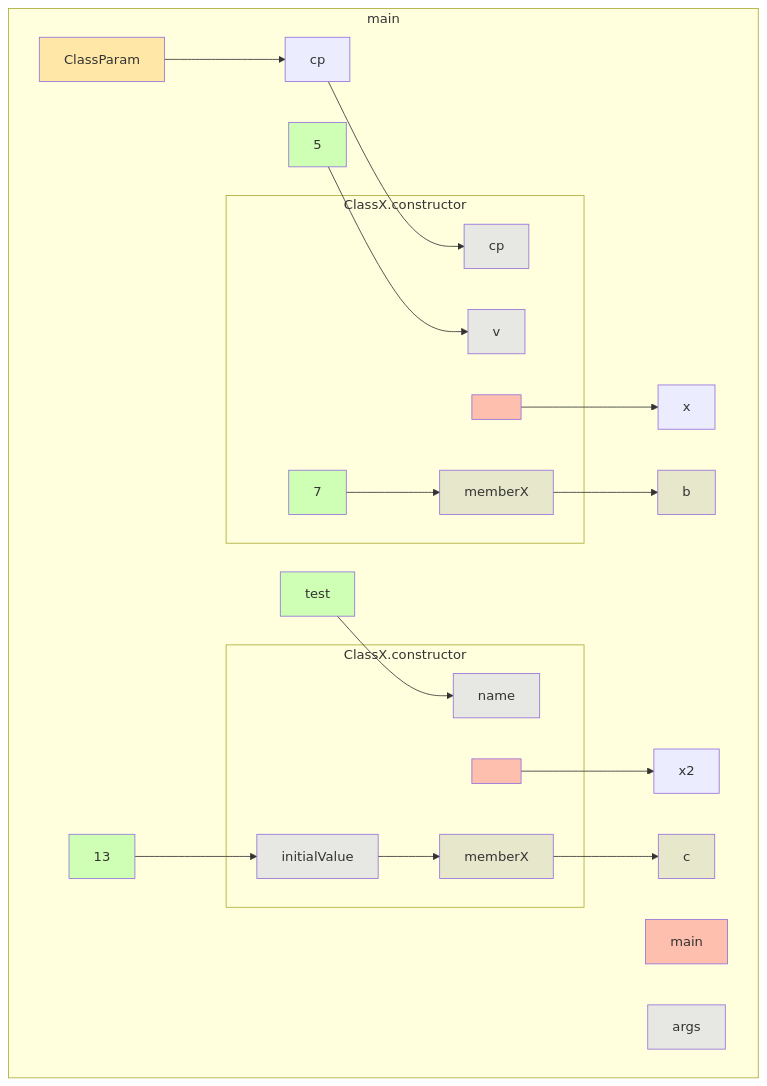
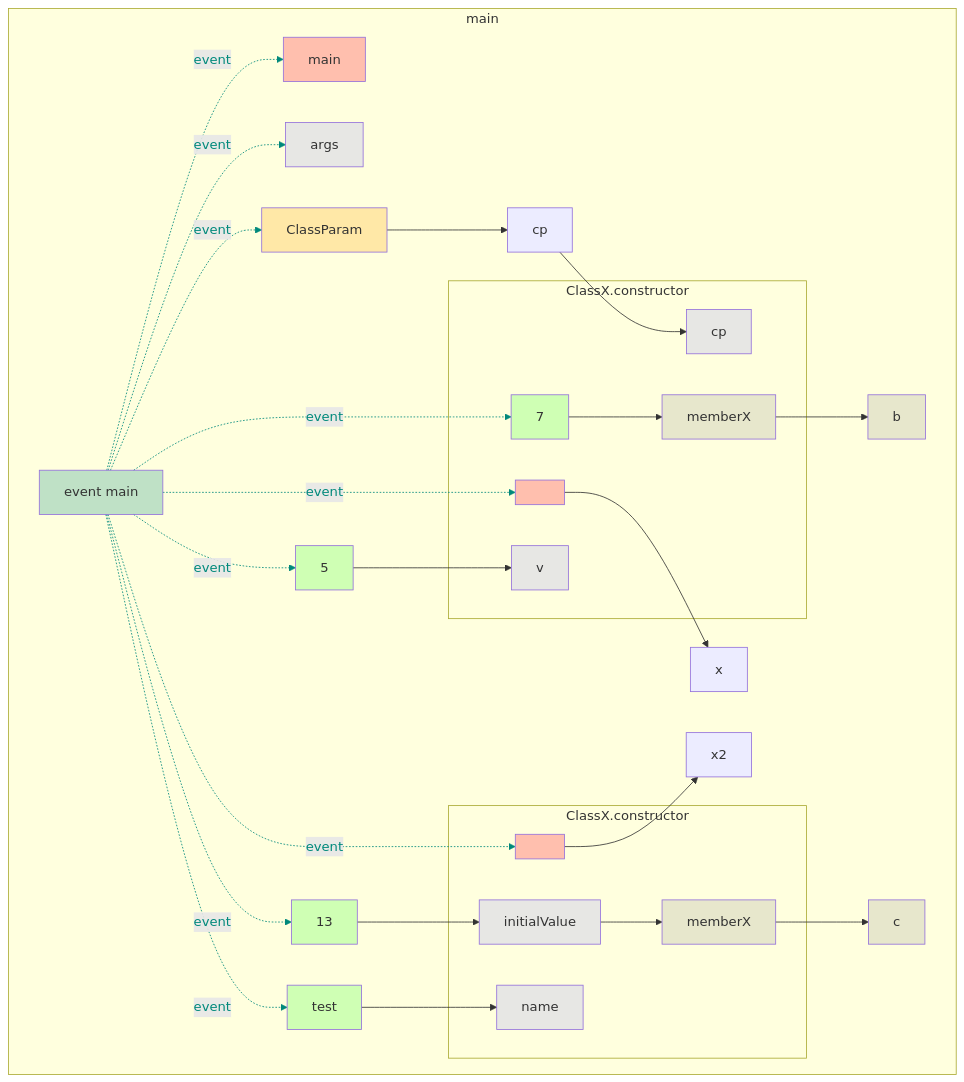
One commit to gstiebler/codeflow changed the diagram in app/src/test/resources/constructor/snapshot.md. Above: the diagram before and after it, drawn with Mermaid. The commit also changed 77 other files, not shown here.

````diff
--- a/app/src/test/resources/constructor/snapshot.md
+++ b/app/src/test/resources/constructor/snapshot.md
@@ -1,47 +1,67 @@
 ```mermaid
 flowchart TD
   subgraph b0["main"]
-    n1[main]:::RETURN
-    n2[args]:::FUNC_PARAM
-    n3[ClassParam]:::EXTERNAL
-    n4[cp]:::OBJ_VARIABLE
-    n5[5]:::LITERAL
-    n12[x]:::OBJ_VARIABLE
-    n13[b]:::VARIABLE
-    n14[13]:::LITERAL
-    n15["test"]:::LITERAL
-    n21[x2]:::OBJ_VARIABLE
-    n22[c]:::VARIABLE
-    n3[ClassParam]:::EXTERNAL --> n4[cp]:::OBJ_VARIABLE
-    n4[cp]:::OBJ_VARIABLE --> n9[cp]:::FUNC_PARAM
-    n5[5]:::LITERAL --> n8[v]:::FUNC_PARAM
-    n14[13]:::LITERAL --> n18[initialValue]:::FUNC_PARAM
-    n15["test"]:::LITERAL --> n19[name]:::FUNC_PARAM
-    n7[<init>]:::RETURN --> n12[x]:::OBJ_VARIABLE
-    n11[memberX]:::VARIABLE --> n13[b]:::VARIABLE
-    n17[<init>]:::RETURN --> n21[x2]:::OBJ_VARIABLE
-    n20[memberX]:::VARIABLE --> n22[c]:::VARIABLE
-    subgraph b6["ClassX.constructor"]
-      n7[<init>]:::RETURN
-      n8[v]:::FUNC_PARAM
-      n9[cp]:::FUNC_PARAM
-      n10[7]:::LITERAL
-      n11[memberX]:::VARIABLE
-      n10[7]:::LITERAL --> n11[memberX]:::VARIABLE
+    n1[event main]:::EVENT
+    n2[main]:::RETURN
+    n3[args]:::FUNC_PARAM
+    n4[ClassParam]:::EXTERNAL
+    n5[cp]:::OBJ_VARIABLE
+    n6[5]:::LITERAL
+    n13[x]:::OBJ_VARIABLE
+    n14[b]:::VARIABLE
+    n15[13]:::LITERAL
+    n16["test"]:::LITERAL
+    n22[x2]:::OBJ_VARIABLE
+    n23[c]:::VARIABLE
+    n1[event main]:::EVENT -. event .-> n2[main]:::RETURN
+    n1[event main]:::EVENT -. event .-> n3[args]:::FUNC_PARAM
+    n1[event main]:::EVENT -. event .-> n4[ClassParam]:::EXTERNAL
+    n1[event main]:::EVENT -. event .-> n6[5]:::LITERAL
+    n1[event main]:::EVENT -. event .-> n15[13]:::LITERAL
+    n1[event main]:::EVENT -. event .-> n16["test"]:::LITERAL
+    n1[event main]:::EVENT -. event .-> n8[<init>]:::RETURN
+    n1[event main]:::EVENT -. event .-> n11[7]:::LITERAL
+    n1[event main]:::EVENT -. event .-> n18[<init>]:::RETURN
+    n4[ClassParam]:::EXTERNAL --> n5[cp]:::OBJ_VARIABLE
+    n5[cp]:::OBJ_VARIABLE --> n10[cp]:::FUNC_PARAM
+    n6[5]:::LITERAL --> n9[v]:::FUNC_PARAM
+    n15[13]:::LITERAL --> n19[initialValue]:::FUNC_PARAM
+    n16["test"]:::LITERAL --> n20[name]:::FUNC_PARAM
+    n8[<init>]:::RETURN --> n13[x]:::OBJ_VARIABLE
+    n12[memberX]:::VARIABLE --> n14[b]:::VARIABLE
+    n18[<init>]:::RETURN --> n22[x2]:::OBJ_VARIABLE
+    n21[memberX]:::VARIABLE --> n23[c]:::VARIABLE
+    subgraph b7["ClassX.constructor"]
+      n8[<init>]:::RETURN
+      n9[v]:::FUNC_PARAM
+      n10[cp]:::FUNC_PARAM
+      n11[7]:::LITERAL
+      n12[memberX]:::VARIABLE
+      n11[7]:::LITERAL --> n12[memberX]:::VARIABLE
     end
-    subgraph b16["ClassX.constructor"]
-      n17[<init>]:::RETURN
-      n18[initialValue]:::FUNC_PARAM
-      n19[name]:::FUNC_PARAM
-      n20[memberX]:::VARIABLE
-      n18[initialValue]:::FUNC_PARAM --> n20[memberX]:::VARIABLE
+    subgraph b17["ClassX.constructor"]
+      n18[<init>]:::RETURN
+      n19[initialValue]:::FUNC_PARAM
+      n20[name]:::FUNC_PARAM
+      n21[memberX]:::VARIABLE
+      n19[initialValue]:::FUNC_PARAM --> n21[memberX]:::VARIABLE
     end
   end
+  linkStyle 0 stroke:#00897b,color:#00897b
+  linkStyle 1 stroke:#00897b,color:#00897b
+  linkStyle 2 stroke:#00897b,color:#00897b
+  linkStyle 3 stroke:#00897b,color:#00897b
+  linkStyle 4 stroke:#00897b,color:#00897b
+  linkStyle 5 stroke:#00897b,color:#00897b
+  linkStyle 6 stroke:#00897b,color:#00897b
+  linkStyle 7 stroke:#00897b,color:#00897b
+  linkStyle 8 stroke:#00897b,color:#00897b
   classDef LITERAL fill:#00FF0030
   classDef VARIABLE fill:#80808030
   classDef BIN_OP fill:#80808080
   classDef FUNC_PARAM fill:#8080FF30
   classDef RETURN fill:#FF808080
   classDef EXTERNAL fill:#FFA50040
   classDef UNMODELLED fill:#FF000030,stroke-dasharray: 4 2
+  classDef EVENT fill:#00897B40
 ```
````
